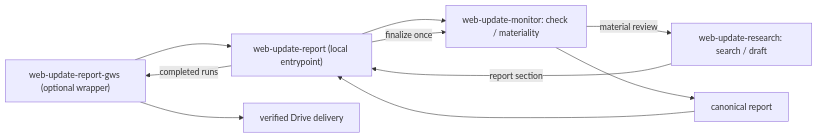
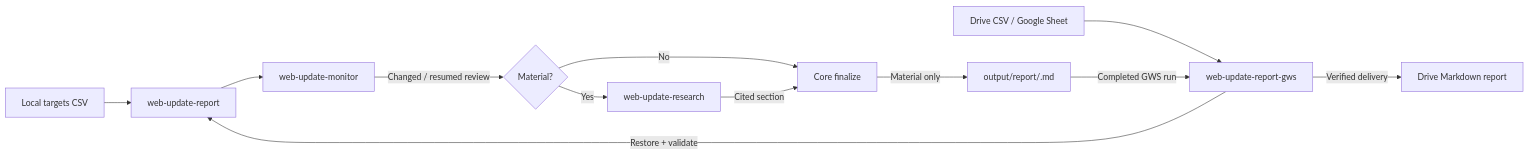
One commit to dceoy/wsum changed the diagram in README.md. Above: the diagram before and after it, drawn with Mermaid. The commit also changed other lines of this file, not shown here.

First line of the commit message:
docs: simplify README and consolidate workflow into Mermaid (#74)

````diff
--- a/README.md
+++ b/README.md
@@ -87,12 +56,14 @@
 ```mermaid
 flowchart LR
-    GWS["web-update-report-gws (optional wrapper)"] --> LOCAL["web-update-report (local entrypoint)"]
-    LOCAL --> MON["web-update-monitor: check / materiality"]
-    MON -->|material review| RESEARCH["web-update-research: search / draft"]
-    RESEARCH -->|report section| LOCAL
-    LOCAL -->|finalize once| MON
-    MON --> FINAL["canonical report"]
-    FINAL --> LOCAL
-    LOCAL -->|completed runs| GWS
-    GWS --> DRIVE["verified Drive delivery"]
+    CSV["Local targets CSV"] --> LOCAL["web-update-report"]
+    GCSV["Drive CSV / Google Sheet"] --> GWS["web-update-report-gws"]
+    GWS -->|"Restore + validate"| LOCAL
+    LOCAL --> MON["web-update-monitor"]
+    MON -->|"Changed / resumed review"| REVIEW{"Material?"}
+    REVIEW -->|Yes| RESEARCH["web-update-research"]
+    REVIEW -->|No| FINAL["Core finalize"]
+    RESEARCH -->|"Cited section"| FINAL
+    FINAL -->|"Material only"| MD["output/report/<run-id>.md"]
+    MD -->|"Completed GWS run"| GWS
+    GWS -->|"Verified delivery"| DRIVE["Drive Markdown report"]
 ```
````
